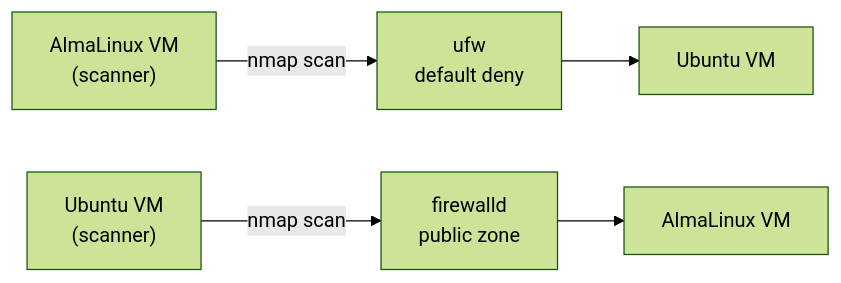
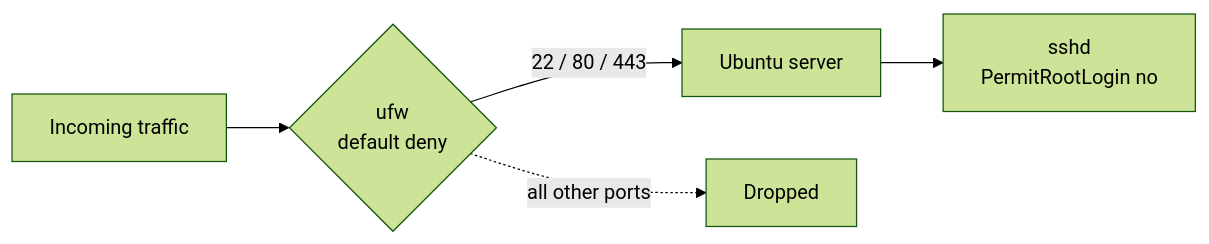
The diagram in linux-firewall-hardening/README.md (Daizah/aws-cloud-journey), drawn with Mermaid (forest theme) before and after one commit. The commit also changed other lines of this file and 3 other files, not shown here.

````diff
--- a/linux-firewall-hardening/README.md
+++ b/linux-firewall-hardening/README.md
@@ -20,5 +20,7 @@
 ```mermaid
 flowchart LR
-    A["AlmaLinux VM<br/>(scanner)"] -- "nmap scan" --> FW1["ufw<br/>default deny"] --> U["Ubuntu VM"]
-    U2["Ubuntu VM<br/>(scanner)"] -- "nmap scan" --> FW2["firewalld<br/>public zone"] --> AL["AlmaLinux VM"]
+    I["Incoming traffic"] --> FW{"ufw<br/>default deny"}
+    FW -- "22 / 80 / 443" --> S["Ubuntu server"]
+    FW -. "all other ports" .-> X["Dropped"]
+    S --> SSH["sshd<br/>PermitRootLogin no"]
 ```
````
